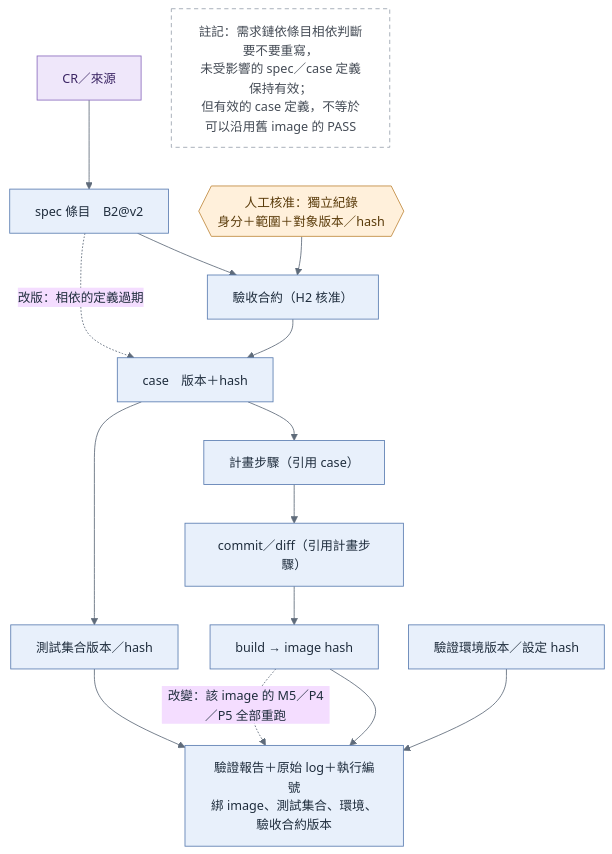
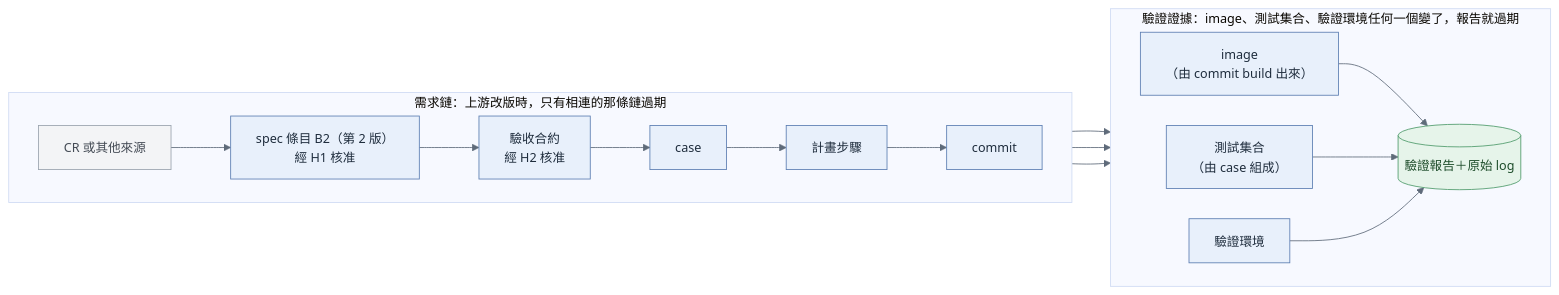
Before and after one commit to kevintsou/glados: the diagram in diagrams/glados_cr_trace.mmd, drawn with Mermaid. The commit also changed 16 other files, not shown here.

First line of the commit message:
docs: redraw all GLADOS diagrams and align them with the spec text

```diff
--- a/diagrams/glados_cr_trace.mmd
+++ b/diagrams/glados_cr_trace.mmd
@@ -1,21 +1,24 @@
 %%{init: {"theme":"base","themeVariables":{"fontSize":"15px","lineColor":"#5F6B7A","primaryTextColor":"#1F2D3D"},"flowchart":{"curve":"basis","nodeSpacing":36,"rankSpacing":46,"htmlLabels":true}}}%%
-flowchart TB
-  CR["CR／來源"]:::route --> SPEC["spec 條目　B2@v2"]:::exec
-  SPEC --> CON["驗收合約（H2 核准）"]:::exec
-  APP{{"人工核准：獨立紀錄<br/>身分＋範圍＋對象版本／hash"}}:::human --> CON
-  CON --> CASE["case　版本＋hash"]:::exec
-  CASE --> PLAN["計畫步驟（引用 case）"]:::exec
-  PLAN --> DIFF["commit／diff（引用計畫步驟）"]:::exec
-  DIFF --> IMG["build → image hash"]:::exec
-  CASE --> TS["測試集合版本／hash"]:::exec
-  ENV["驗證環境版本／設定 hash"]:::exec
-  IMG --> REP["驗證報告＋原始 log＋執行編號<br/>綁 image、測試集合、環境、驗收合約版本"]:::exec
-  TS --> REP
-  ENV --> REP
-  SPEC -. "改版：相依的定義過期" .-> CASE
-  IMG -. "改變：該 image 的 M5／P4／P5 全部重跑" .-> REP
-  N["註記：需求鏈依條目相依判斷要不要重寫，<br/>未受影響的 spec／case 定義保持有效；<br/>但有效的 case 定義，不等於可以沿用舊 image 的 PASS"]:::note
+flowchart LR
+  subgraph REQ["需求鏈：上游改版時，只有相連的那條鏈過期"]
+    direction LR
+    CR["CR 或其他來源"]:::ext --> SPEC["spec 條目 B2（第 2 版）<br/>經 H1 核准"]:::exec --> CON["驗收合約<br/>經 H2 核准"]:::exec --> CASE["case"]:::exec --> PLAN["計畫步驟"]:::exec --> COMMIT["commit"]:::exec
+  end
+  subgraph EVI["驗證證據：image、測試集合、驗證環境任何一個變了，報告就過期"]
+    direction LR
+    IMG["image<br/>（由 commit build 出來）"]:::exec
+    TS["測試集合<br/>（由 case 組成）"]:::exec
+    ENV["驗證環境"]:::exec
+    REP[("驗證報告＋原始 log")]:::store
+    IMG --> REP
+    TS --> REP
+    ENV --> REP
+  end
+  COMMIT --> IMG
+  CASE --> TS
+  CON --> REP
   classDef exec fill:#E8F0FB,stroke:#5B7DB1,color:#1F2D3D;
   classDef human fill:#FFF0DB,stroke:#C08A3E,color:#5A3B0A;
   classDef route fill:#EFE7FA,stroke:#8A6BBE,color:#3A2463;
-  classDef note fill:#FFFFFF,stroke:#9AA3AE,stroke-dasharray:5 4,color:#444B55;
+  classDef store fill:#E6F4EA,stroke:#4E9A6A,color:#1E4D2B;
+  classDef ext fill:#F3F4F6,stroke:#9AA3AE,color:#444B55;
```
